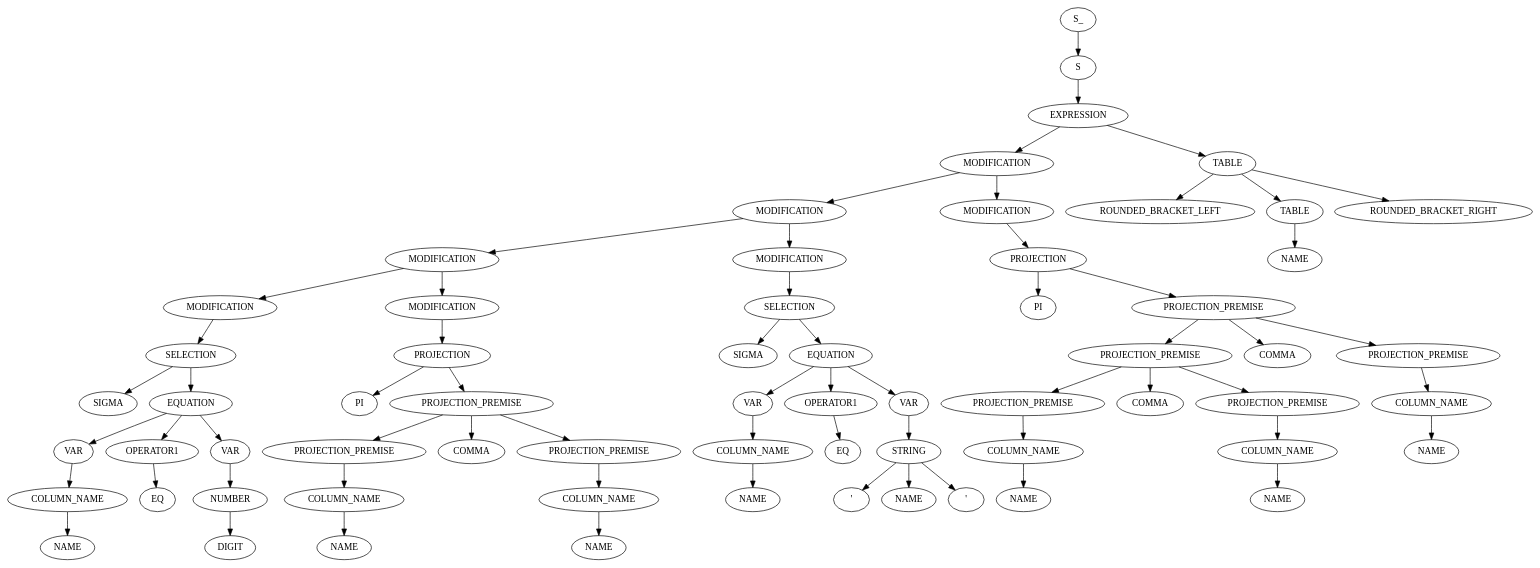
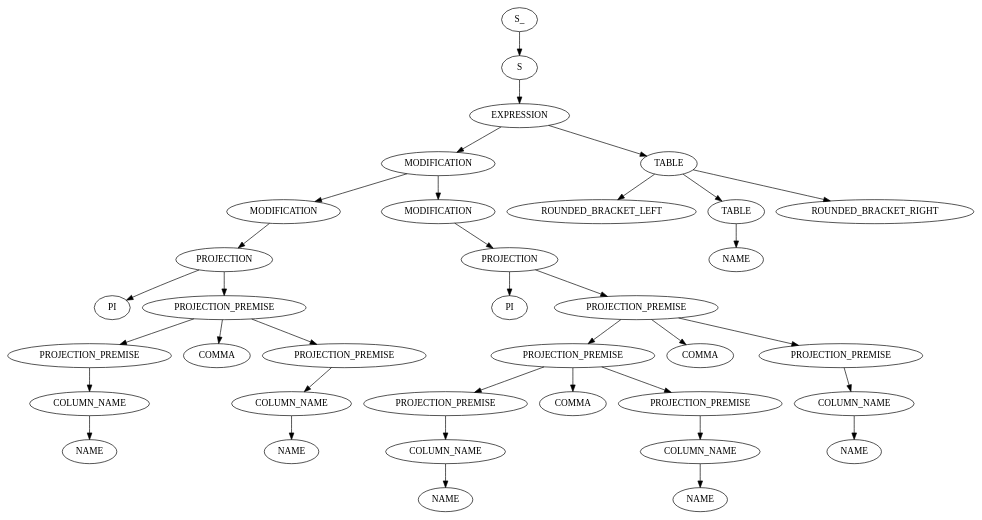
One commit to RobbeNooyens/RATSQL changed the diagram in output/out.dot. Above: the diagram before and after it, drawn with Graphviz. The commit also changed 5 other files, not shown here.

```diff
--- a/output/out.dot
+++ b/output/out.dot
@@ -1,129 +1,73 @@
 digraph ParseTree {
   0 [label="S_"];
   0 -> 1
   1 [label="S"];
   1 -> 2
   2 [label="EXPRESSION"];
   2 -> 3
   3 [label="MODIFICATION"];
   3 -> 4
   4 [label="MODIFICATION"];
   4 -> 5
-  5 [label="MODIFICATION"];
+  5 [label="PROJECTION"];
   5 -> 6
-  6 [label="MODIFICATION"];
-  6 -> 7
-  7 [label="SELECTION"];
+  6 [label="PI"];
+  5 -> 7
+  7 [label="PROJECTION_PREMISE"];
   7 -> 8
-  8 [label="SIGMA"];
-  7 -> 9
-  9 [label="EQUATION"];
+  8 [label="PROJECTION_PREMISE"];
+  8 -> 9
+  9 [label="COLUMN_NAME"];
   9 -> 10
-  10 [label="VAR"];
-  10 -> 11
-  11 [label="COLUMN_NAME"];
-  11 -> 12
-  12 [label="NAME"];
-  9 -> 13
-  13 [label="OPERATOR1"];
+  10 [label="NAME"];
+  7 -> 11
+  11 [label="COMMA"];
+  7 -> 12
+  12 [label="PROJECTION_PREMISE"];
+  12 -> 13
+  13 [label="COLUMN_NAME"];
   13 -> 14
-  14 [label="EQ"];
-  9 -> 15
-  15 [label="VAR"];
+  14 [label="NAME"];
+  3 -> 15
+  15 [label="MODIFICATION"];
   15 -> 16
-  16 [label="NUMBER"];
+  16 [label="PROJECTION"];
   16 -> 17
-  17 [label="DIGIT"];
-  5 -> 18
-  18 [label="MODIFICATION"];
+  17 [label="PI"];
+  16 -> 18
+  18 [label="PROJECTION_PREMISE"];
   18 -> 19
-  19 [label="PROJECTION"];
+  19 [label="PROJECTION_PREMISE"];
   19 -> 20
-  20 [label="PI"];
-  19 -> 21
-  21 [label="PROJECTION_PREMISE"];
+  20 [label="PROJECTION_PREMISE"];
+  20 -> 21
+  21 [label="COLUMN_NAME"];
   21 -> 22
-  22 [label="PROJECTION_PREMISE"];
-  22 -> 23
-  23 [label="COLUMN_NAME"];
-  23 -> 24
-  24 [label="NAME"];
-  21 -> 25
-  25 [label="COMMA"];
-  21 -> 26
-  26 [label="PROJECTION_PREMISE"];
-  26 -> 27
-  27 [label="COLUMN_NAME"];
-  27 -> 28
-  28 [label="NAME"];
-  4 -> 29
-  29 [label="MODIFICATION"];
+  22 [label="NAME"];
+  19 -> 23
+  23 [label="COMMA"];
+  19 -> 24
+  24 [label="PROJECTION_PREMISE"];
+  24 -> 25
+  25 [label="COLUMN_NAME"];
+  25 -> 26
+  26 [label="NAME"];
+  18 -> 27
+  27 [label="COMMA"];
+  18 -> 28
+  28 [label="PROJECTION_PREMISE"];
+  28 -> 29
+  29 [label="COLUMN_NAME"];
   29 -> 30
-  30 [label="SELECTION"];
-  30 -> 31
-  31 [label="SIGMA"];
-  30 -> 32
-  32 [label="EQUATION"];
-  32 -> 33
-  33 [label="VAR"];
+  30 [label="NAME"];
+  2 -> 31
+  31 [label="TABLE"];
+  31 -> 32
+  32 [label="ROUNDED_BRACKET_LEFT"];
+  31 -> 33
+  33 [label="TABLE"];
   33 -> 34
-  34 [label="COLUMN_NAME"];
-  34 -> 35
-  35 [label="NAME"];
-  32 -> 36
-  36 [label="OPERATOR1"];
-  36 -> 37
-  37 [label="EQ"];
-  32 -> 38
-  38 [label="VAR"];
-  38 -> 39
-  39 [label="STRING"];
-  39 -> 40
-  40 [label="'"];
-  39 -> 41
-  41 [label="NAME"];
-  39 -> 42
-  42 [label="'"];
-  3 -> 43
-  43 [label="MODIFICATION"];
-  43 -> 44
-  44 [label="PROJECTION"];
-  44 -> 45
-  45 [label="PI"];
-  44 -> 46
-  46 [label="PROJECTION_PREMISE"];
-  46 -> 47
-  47 [label="PROJECTION_PREMISE"];
-  47 -> 48
-  48 [label="PROJECTION_PREMISE"];
-  48 -> 49
-  49 [label="COLUMN_NAME"];
-  49 -> 50
-  50 [label="NAME"];
-  47 -> 51
-  51 [label="COMMA"];
-  47 -> 52
-  52 [label="PROJECTION_PREMISE"];
-  52 -> 53
-  53 [label="COLUMN_NAME"];
-  53 -> 54
-  54 [label="NAME"];
-  46 -> 55
-  55 [label="COMMA"];
-  46 -> 56
-  56 [label="PROJECTION_PREMISE"];
-  56 -> 57
-  57 [label="COLUMN_NAME"];
-  57 -> 58
-  58 [label="NAME"];
-  2 -> 59
-  59 [label="TABLE"];
-  59 -> 60
-  60 [label="ROUNDED_BRACKET_LEFT"];
-  59 -> 61
-  61 [label="TABLE"];
-  61 -> 62
-  62 [label="NAME"];
-  59 -> 63
-  63 [label="ROUNDED_BRACKET_RIGHT"];
+  34 [label="NAME"];
+  31 -> 35
+  35 [label="ROUNDED_BRACKET_RIGHT"];
 }
```
